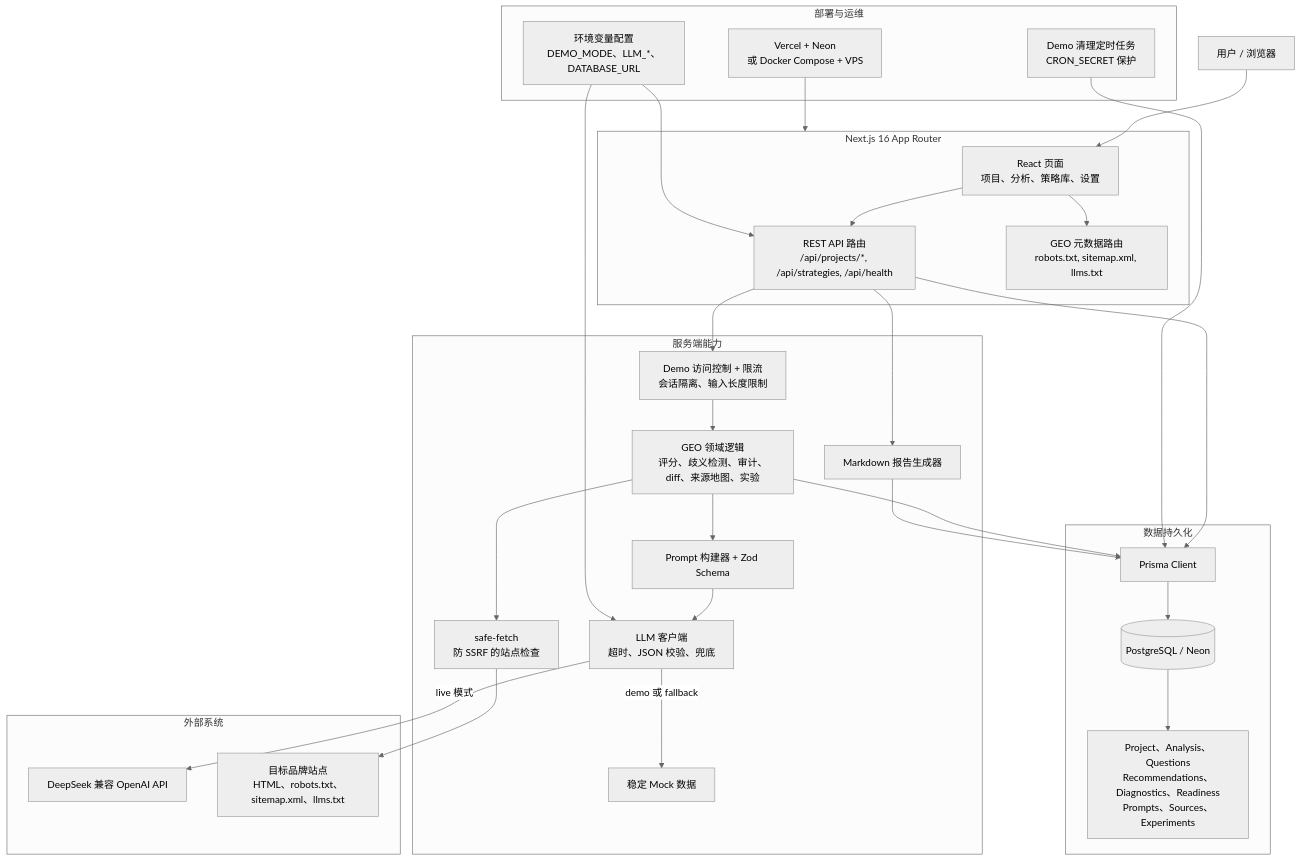
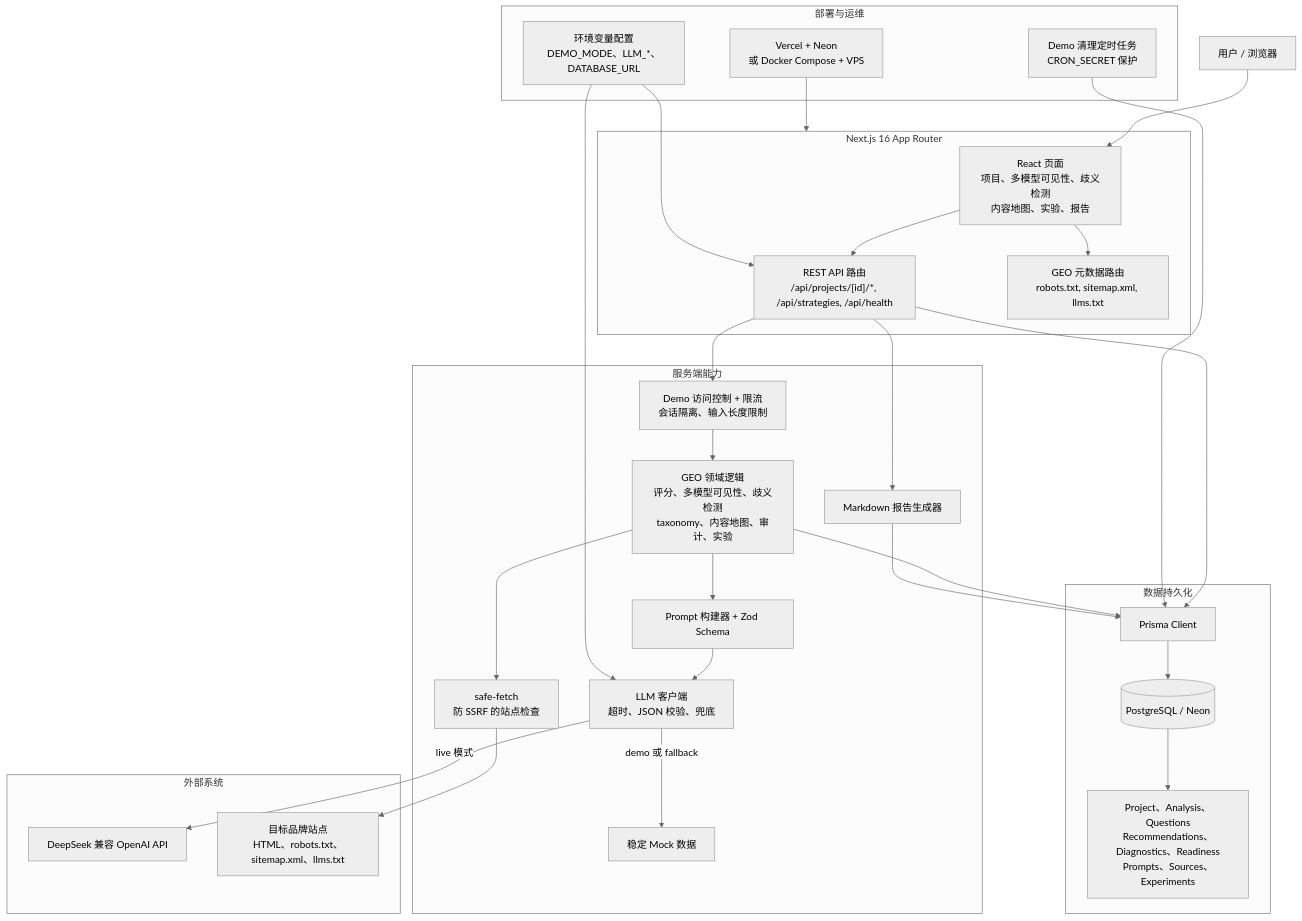
Before and after one commit to ZedingZhang/geo-lens: the diagram in README_CN.md, drawn with Mermaid (neutral theme). The commit also changed other lines of this file and 1 other file, not shown here.

````diff
--- a/README_CN.md
+++ b/README_CN.md
@@ -71,59 +152,59 @@
 ```mermaid
 flowchart TB
     user["用户 / 浏览器"]
 
     subgraph app["Next.js 16 App Router"]
-        pages["React 页面<br/>项目、分析、策略库、设置"]
-        api["REST API 路由<br/>/api/projects/*, /api/strategies, /api/health"]
+        pages["React 页面<br/>项目、多模型可见性、歧义检测<br/>内容地图、实验、报告"]
+        api["REST API 路由<br/>/api/projects/[id]/*, /api/strategies, /api/health"]
         meta["GEO 元数据路由<br/>robots.txt, sitemap.xml, llms.txt"]
     end
 
     subgraph services["服务端能力"]
         guards["Demo 访问控制 + 限流<br/>会话隔离、输入长度限制"]
-        geo["GEO 领域逻辑<br/>评分、歧义检测、审计、diff、来源地图、实验"]
+        geo["GEO 领域逻辑<br/>评分、多模型可见性、歧义检测<br/>taxonomy、内容地图、审计、实验"]
         prompts["Prompt 构建器 + Zod Schema"]
         llm["LLM 客户端<br/>超时、JSON 校验、兜底"]
         fetcher["safe-fetch<br/>防 SSRF 的站点检查"]
         report["Markdown 报告生成器"]
         mock["稳定 Mock 数据"]
     end
 
     subgraph data["数据持久化"]
         prisma["Prisma Client"]
         db[(PostgreSQL / Neon)]
         models["Project、Analysis、Questions<br/>Recommendations、Diagnostics、Readiness<br/>Prompts、Sources、Experiments"]
     end
 
     subgraph external["外部系统"]
         deepseek["DeepSeek 兼容 OpenAI API"]
         target["目标品牌站点<br/>HTML、robots.txt、sitemap.xml、llms.txt"]
     end
 
     subgraph ops["部署与运维"]
         deploy["Vercel + Neon<br/>或 Docker Compose + VPS"]
         env["环境变量配置<br/>DEMO_MODE、LLM_*、DATABASE_URL"]
         cleanup["Demo 清理定时任务<br/>CRON_SECRET 保护"]
     end
 
     user --> pages
     pages --> api
     pages --> meta
     api --> guards
     guards --> geo
     geo --> prompts
     prompts --> llm
     llm -->|"live 模式"| deepseek
     llm -->|"demo 或 fallback"| mock
     geo --> fetcher
     fetcher --> target
     api --> report
     api --> prisma
     geo --> prisma
     report --> prisma
     prisma --> db
     db --> models
     cleanup --> prisma
     env --> api
     env --> llm
     deploy --> app
 ```
````
